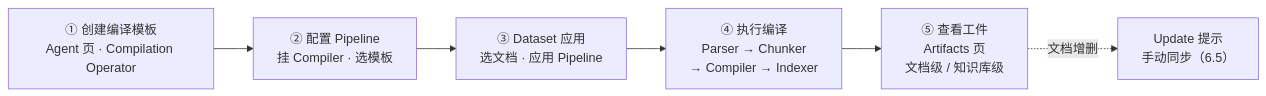
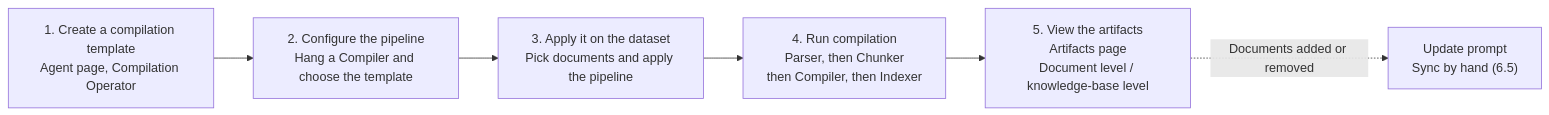
One commit to ybak/ai-tutorial changed the second of 3 diagrams in books/ragflow/en/chapters/06-knowledge-compilation.md. Above: the diagram before and after it, drawn with Mermaid. The commit also changed other lines of this file and 16 other files, not shown here.

First line of the commit message:
docs(ragflow): 按审阅改英文图、注释和正文

````diff
--- a/books/ragflow/en/chapters/06-knowledge-compilation.md
+++ b/books/ragflow/en/chapters/06-knowledge-compilation.md
@@ -79,8 +79,8 @@
 ```mermaid
 flowchart LR
-    T["① 创建编译模板<br/>Agent 页 · Compilation Operator"] --> P["② 配置 Pipeline<br/>挂 Compiler · 选模板"]
-    P --> D["③ Dataset 应用<br/>选文档 · 应用 Pipeline"]
-    D --> X["④ 执行编译<br/>Parser → Chunker<br/>→ Compiler → Indexer"]
-    X --> V["⑤ 查看工件<br/>Artifacts 页<br/>文档级 / 知识库级"]
-    V -.文档增删.-> U["Update 提示<br/>手动同步（6.5）"]
+    T["1. Create a compilation template<br/>Agent page, Compilation Operator"] --> P["2. Configure the pipeline<br/>Hang a Compiler and choose the template"]
+    P --> D["3. Apply it on the dataset<br/>Pick documents and apply the pipeline"]
+    D --> X["4. Run compilation<br/>Parser, then Chunker<br/>then Compiler, then Indexer"]
+    X --> V["5. View the artifacts<br/>Artifacts page<br/>Document level / knowledge-base level"]
+    V -.Documents added or removed.-> U["Update prompt<br/>Sync by hand (6.5)"]
 ```
````
